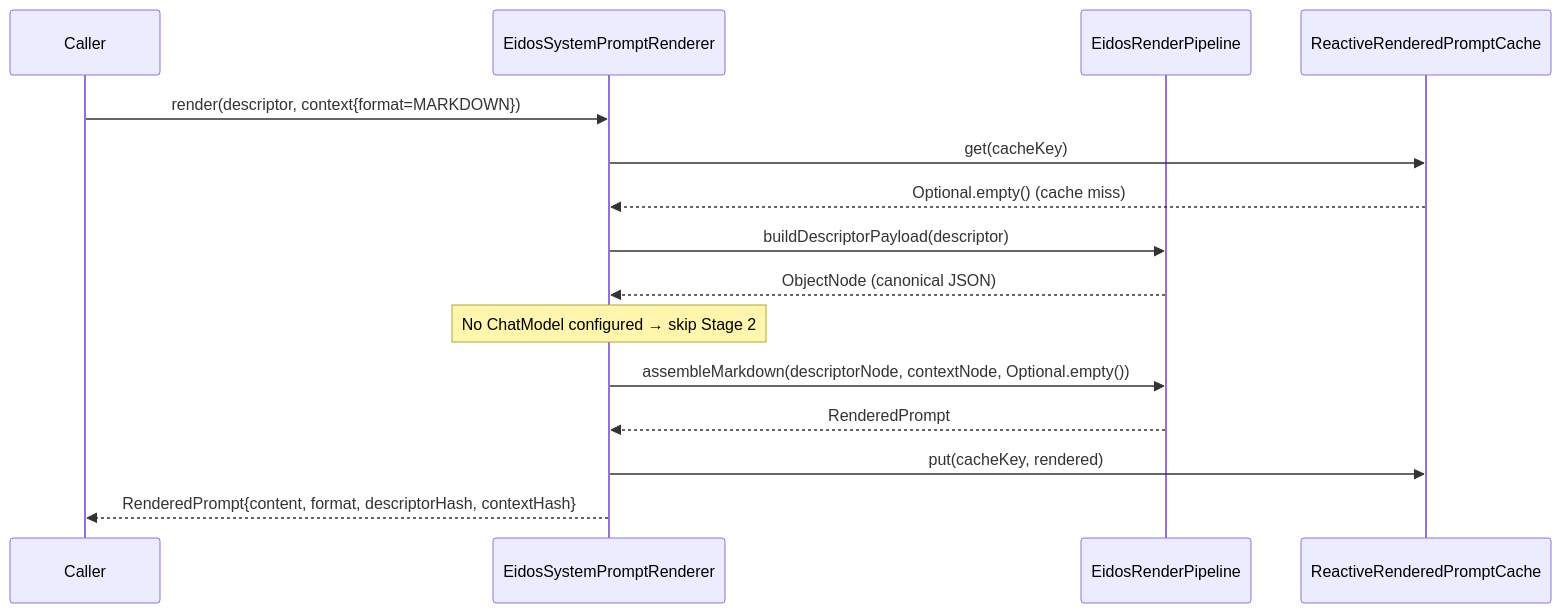
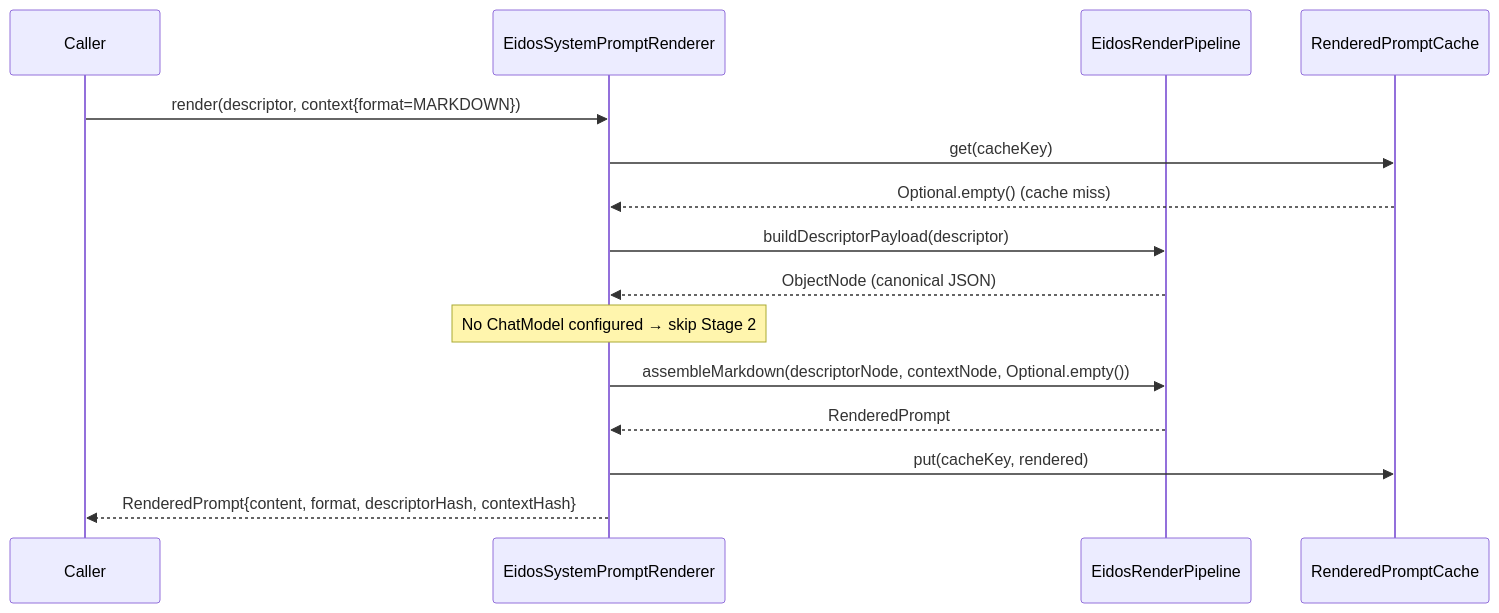
Before and after one commit to mdproctor/wsp-casehub-eidos: the fifth of 7 diagrams in ARC42STORIES.MD, drawn with Mermaid. The commit also changed other lines of this file, not shown here.

````diff
--- a/ARC42STORIES.MD
+++ b/ARC42STORIES.MD
@@ -256,18 +269,18 @@
 ```mermaid
 sequenceDiagram
   participant Caller
   participant R as EidosSystemPromptRenderer
   participant Pipeline as EidosRenderPipeline
-  participant Cache as ReactiveRenderedPromptCache
+  participant Cache as RenderedPromptCache
 
   Caller->>R: render(descriptor, context{format=MARKDOWN})
   R->>Cache: get(cacheKey)
   Cache-->>R: Optional.empty() (cache miss)
   R->>Pipeline: buildDescriptorPayload(descriptor)
   Pipeline-->>R: ObjectNode (canonical JSON)
   Note over R: No ChatModel configured → skip Stage 2
   R->>Pipeline: assembleMarkdown(descriptorNode, contextNode, Optional.empty())
   Pipeline-->>R: RenderedPrompt
   R->>Cache: put(cacheKey, rendered)
   R-->>Caller: RenderedPrompt{content, format, descriptorHash, contextHash}
 ```
````
